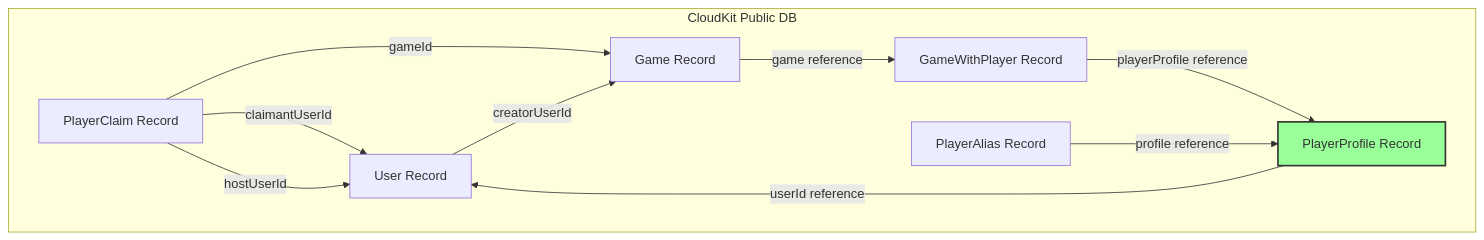
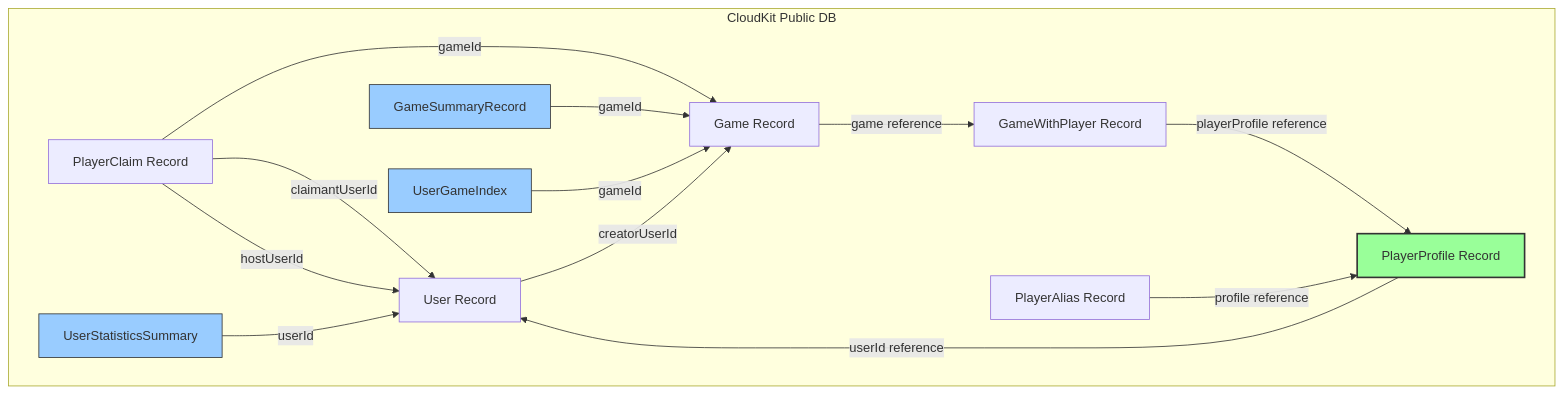
The second of 11 diagrams in docs/DATA_DIAGRAM.md (NicolasSev/gamesCheck), drawn with Mermaid before and after one commit. The commit also changed other lines of this file and 38 other files, not shown here.

````diff
--- a/docs/DATA_DIAGRAM.md
+++ b/docs/DATA_DIAGRAM.md
@@ -104,22 +105,31 @@
 ```mermaid
 graph TD
     subgraph "CloudKit Public DB"
         User_CK[User Record]
         Game_CK[Game Record]
         GWP_CK[GameWithPlayer Record]
         Alias_CK[PlayerAlias Record]
         Claim_CK[PlayerClaim Record]
         Profile_CK[PlayerProfile Record]
+        Stats_CK[UserStatisticsSummary]
+        Summary_CK[GameSummaryRecord]
+        Index_CK[UserGameIndex]
         
         User_CK -->|creatorUserId| Game_CK
         Game_CK -->|game reference| GWP_CK
         GWP_CK -->|playerProfile reference| Profile_CK
         Alias_CK -->|profile reference| Profile_CK
         Claim_CK -->|gameId| Game_CK
         Claim_CK -->|claimantUserId| User_CK
         Claim_CK -->|hostUserId| User_CK
         Profile_CK -->|userId reference| User_CK
+        Stats_CK -->|userId| User_CK
+        Summary_CK -->|gameId| Game_CK
+        Index_CK -->|gameId| Game_CK
     end
     
     style Profile_CK fill:#9f9,stroke:#333,stroke-width:2px
+    style Stats_CK fill:#9cf,stroke:#333,stroke-width:1px
+    style Summary_CK fill:#9cf,stroke:#333,stroke-width:1px
+    style Index_CK fill:#9cf,stroke:#333,stroke-width:1px
 ```
````
